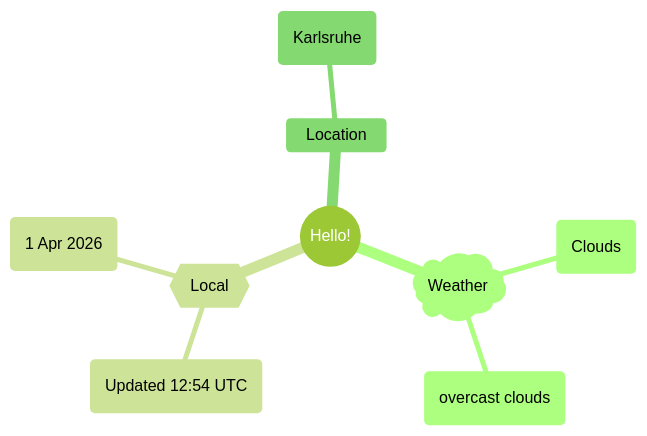
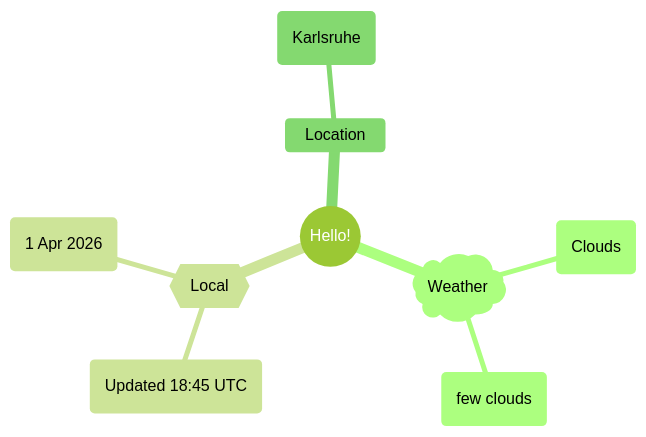
One commit to Xosrov/Xosrov changed the first of 2 diagrams in README.md. Above: the diagram before and after it, drawn with Mermaid (forest theme).

Commit message:
[bot] updated images

````diff
--- a/README.md
+++ b/README.md
@@ -3,12 +3,12 @@
 ```mermaid
 mindmap
   root((Hello!))
     )Weather(
         (Clouds)
-        (overcast clouds)
+        (few clouds)
     {{Local}}
-        (Updated 12:54 UTC)
+        (Updated 18:45 UTC)
         (1 Apr 2026)
     Location
         (Karlsruhe)
 ```
````
